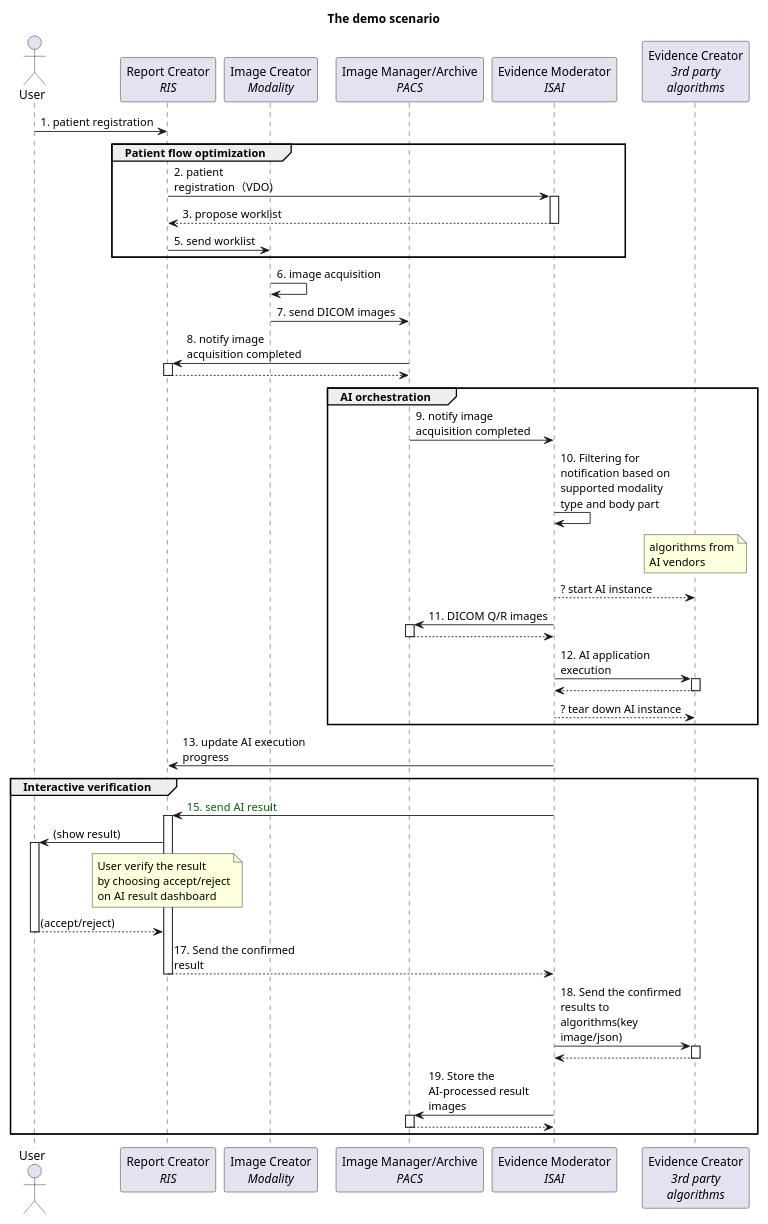
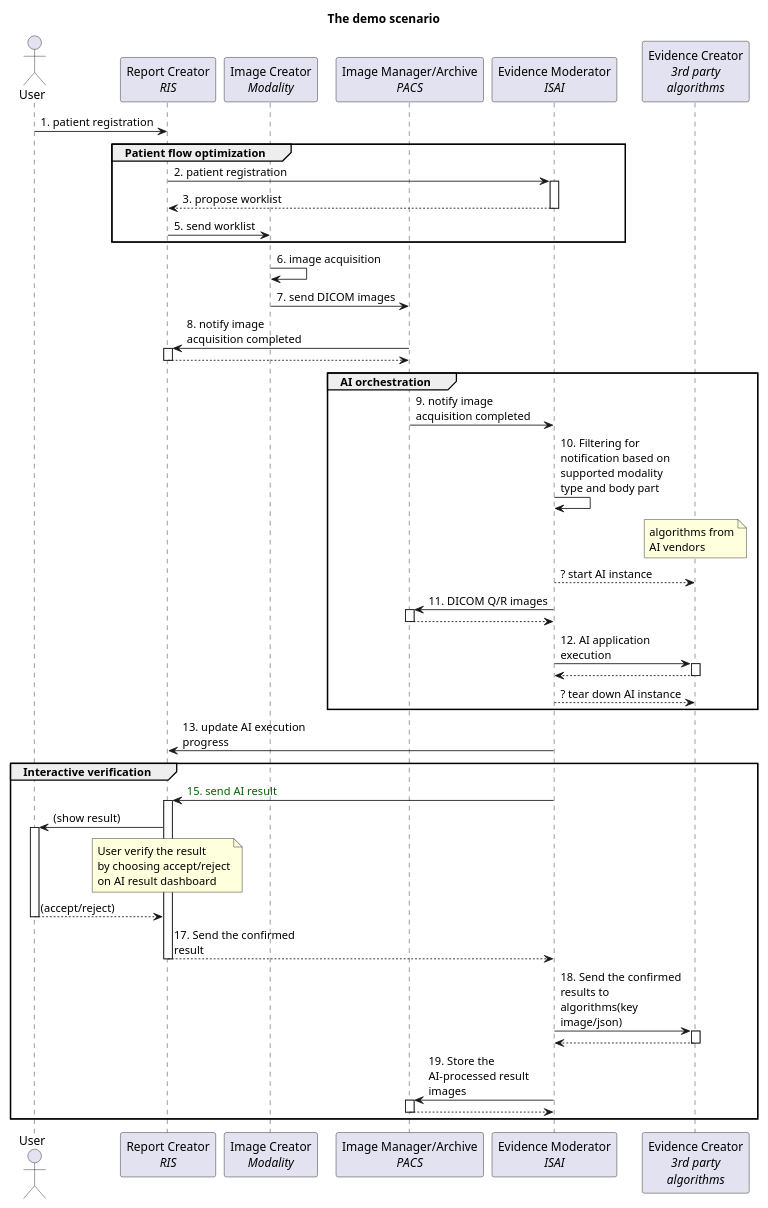
Before and after one commit to xmiao/AI.interoperability: the diagram in input/images-source/uc4.plantuml, drawn with PlantUML. The commit also changed 149 other files, not shown here.

```diff
--- a/input/images-source/uc4.plantuml
+++ b/input/images-source/uc4.plantuml
@@ -1,71 +1,71 @@
 @startuml
 title "The demo scenario"
 skinparam maxMessageSize 150
 scale 800 width
 
 '/*
 '优先级和参与者有关。
 'Actors:
 '----------
 'Report Creator ?
 'Report Reader ?
 'Rendered Report Reader ?
 'Report Repository ?
 'Image Manager/Image Archive
 'Image Display
 'Image Display Invoker
 'Evidence Creator
 'Evidence Moderator ? <- ISAI
 '*/
 
 actor "User" as U
 participant "Report Creator\n//RIS//" as R
 participant "Image Creator\n//Modality//" as M
 participant "Image Manager/Archive\n//PACS//" as P
 participant "Evidence Moderator\n//ISAI//" as I
 participant "Evidence Creator\n//3rd party//\n//algorithms//" as S
 
 U -> R: 1. patient registration
 group Patient flow optimization
-R -> I++: 2. patient registration（VDO)
+R -> I++: 2. patient registration
 return 3. propose worklist
 R -> M: 5. send worklist
 end
 
 M -> M: 6. image acquisition
 M -> P: 7. send DICOM images
 P -> R++: 8. notify image acquisition completed
 return
 group AI orchestration
 P -> I: 9. notify image acquisition completed
 
 I -> I: 10. Filtering for notification based on supported modality type and body part
 note over S
 algorithms from
 AI vendors
 end note
 I --> S: ? start AI instance
 I -> P++: 11. DICOM Q/R images
 return
 I -> S++: 12. AI application execution
 return
 return ? tear down AI instance
 end
 I -> R: 13. update AI execution progress
 
 group Interactive verification
 I -> R++: <font color="darkgreen">15. send AI result
 R -> U++: (show result)
 note over R
 User verify the result
 by choosing accept/reject
 on AI result dashboard
 end note
 return (accept/reject)
 return 17. Send the confirmed result
 I -> S++: 18. Send the confirmed results to algorithms(key image/json)
 return
 I -> P++: 19. Store the AI-processed result images
 return
 end
 @enduml
```
